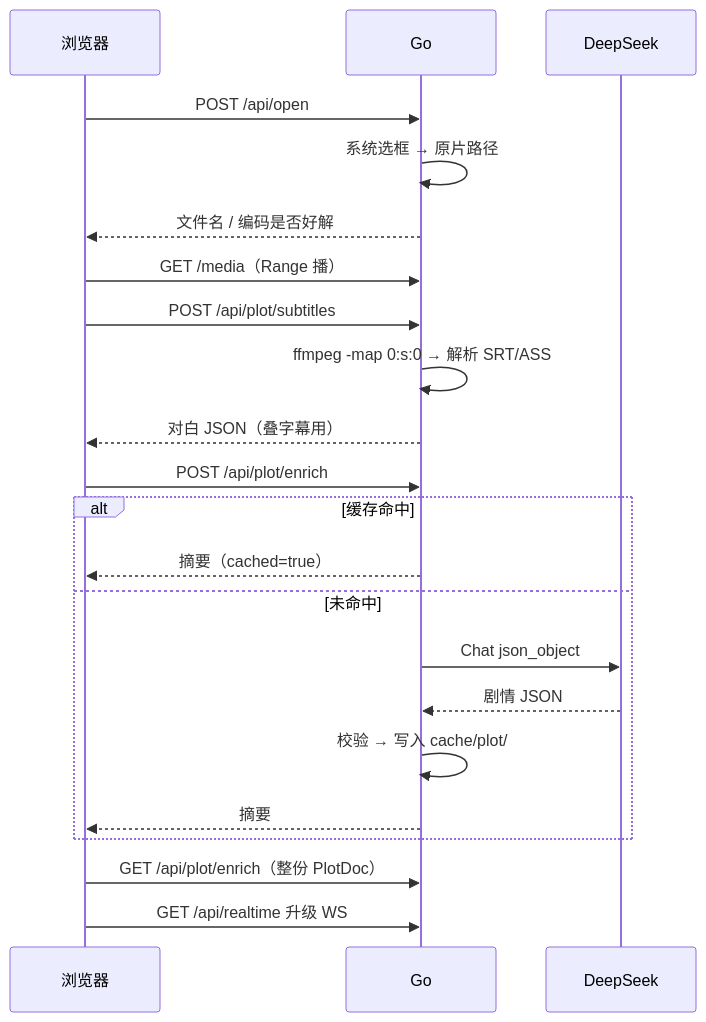
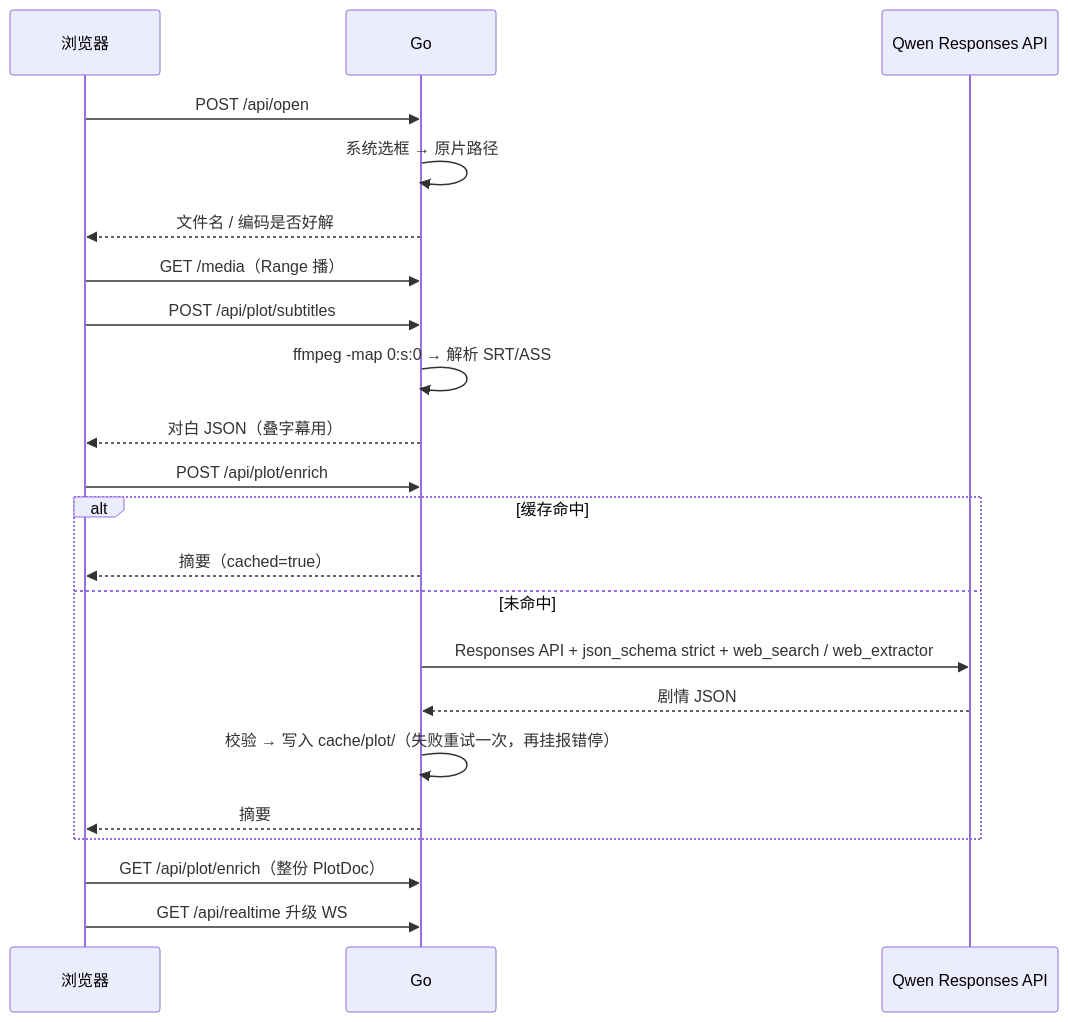
The first of 2 diagrams in docs/交接文档.md (lucy971326/WithYou), drawn with Mermaid before and after one commit. The commit also changed other lines of this file and 25 other files, not shown here.

````diff
--- a/docs/交接文档.md
+++ b/docs/交接文档.md
@@ -80,25 +99,25 @@
 ```mermaid
 sequenceDiagram
     participant UI as 浏览器
     participant Go as Go
-    participant DS as DeepSeek
+    participant Q as Qwen Responses API
 
     UI->>Go: POST /api/open
     Go->>Go: 系统选框 → 原片路径
     Go-->>UI: 文件名 / 编码是否好解
     UI->>Go: GET /media（Range 播）
     UI->>Go: POST /api/plot/subtitles
     Go->>Go: ffmpeg -map 0:s:0 → 解析 SRT/ASS
     Go-->>UI: 对白 JSON（叠字幕用）
     UI->>Go: POST /api/plot/enrich
     alt 缓存命中
         Go-->>UI: 摘要（cached=true）
     else 未命中
-        Go->>DS: Chat json_object
-        DS-->>Go: 剧情 JSON
-        Go->>Go: 校验 → 写入 cache/plot/
+        Go->>Q: Responses API + json_schema strict + web_search / web_extractor
+        Q-->>Go: 剧情 JSON
+        Go->>Go: 校验 → 写入 cache/plot/（失败重试一次，再挂报错停）
         Go-->>UI: 摘要
     end
     UI->>Go: GET /api/plot/enrich（整份 PlotDoc）
     UI->>Go: GET /api/realtime 升级 WS
 ```
````
